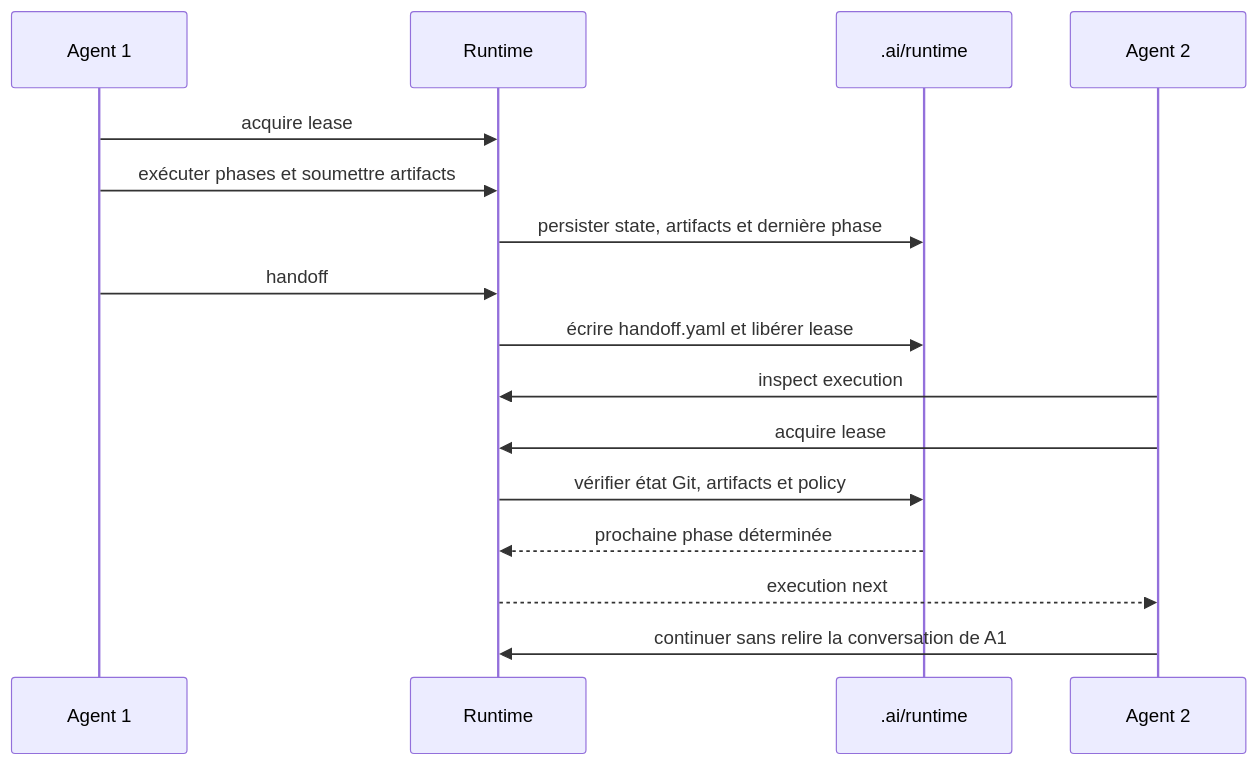
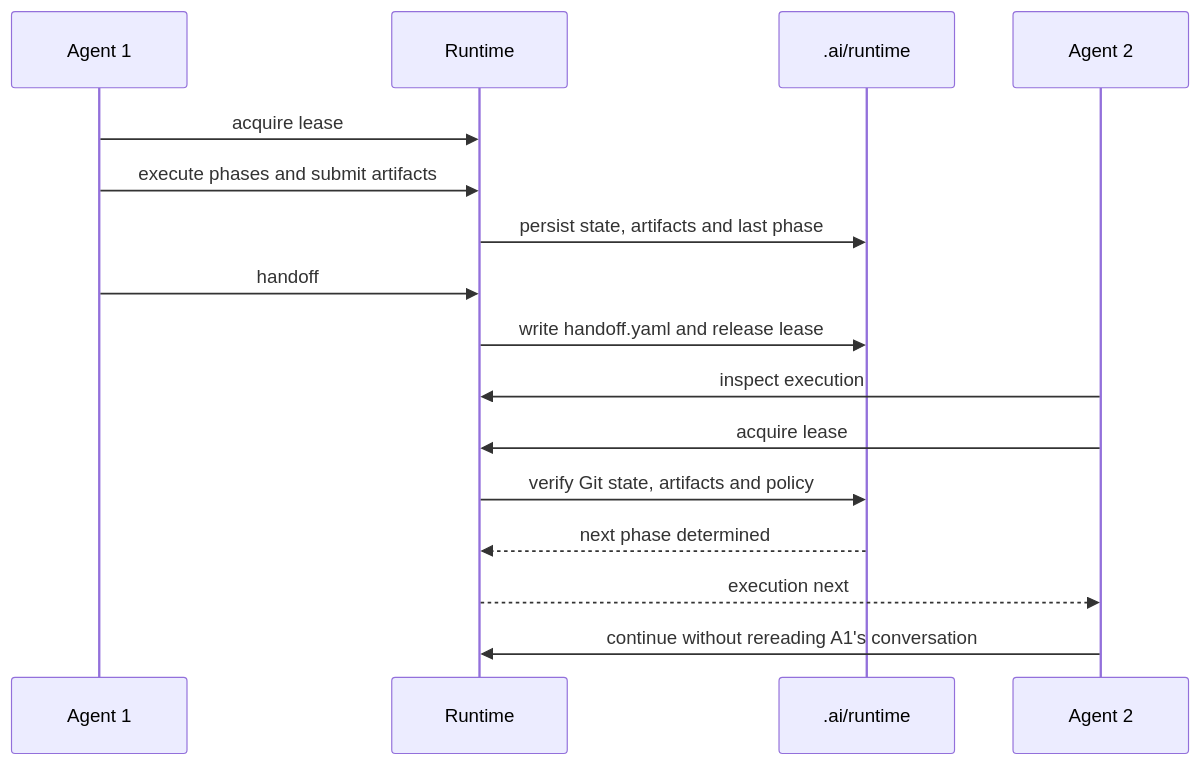
The eighth of 8 diagrams in docs/00-factory-reference-architecture.md (ricken07/ai-engineering-factory), drawn with Mermaid before and after one commit. The commit also changed other lines of this file and 32 other files, not shown here.

````diff
--- a/docs/00-factory-reference-architecture.md
+++ b/docs/00-factory-reference-architecture.md
@@ -503,19 +489,19 @@
 ```mermaid
 sequenceDiagram
     participant A1 as Agent 1
     participant R as Runtime
     participant FS as .ai/runtime
     participant A2 as Agent 2
 
     A1->>R: acquire lease
-    A1->>R: exécuter phases et soumettre artifacts
-    R->>FS: persister state, artifacts et dernière phase
+    A1->>R: execute phases and submit artifacts
+    R->>FS: persist state, artifacts and last phase
     A1->>R: handoff
-    R->>FS: écrire handoff.yaml et libérer lease
+    R->>FS: write handoff.yaml and release lease
     A2->>R: inspect execution
     A2->>R: acquire lease
-    R->>FS: vérifier état Git, artifacts et policy
-    FS-->>R: prochaine phase déterminée
+    R->>FS: verify Git state, artifacts and policy
+    FS-->>R: next phase determined
     R-->>A2: execution next
-    A2->>R: continuer sans relire la conversation de A1
+    A2->>R: continue without rereading A1's conversation
 ```
````
